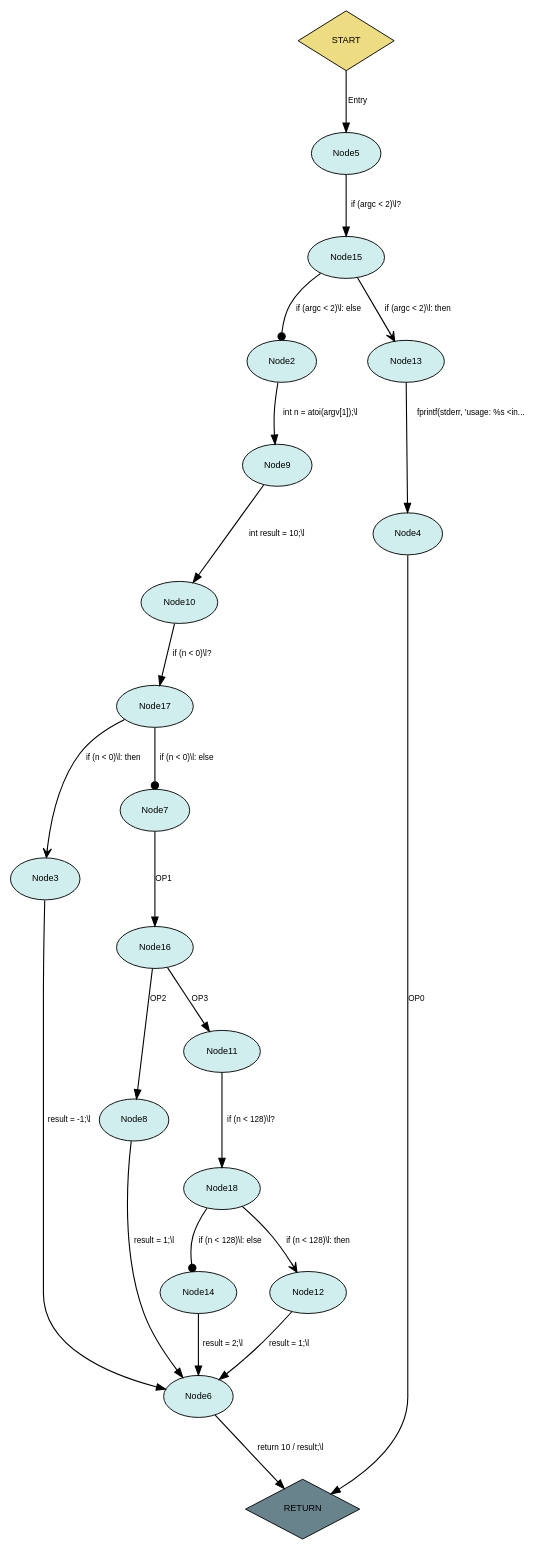
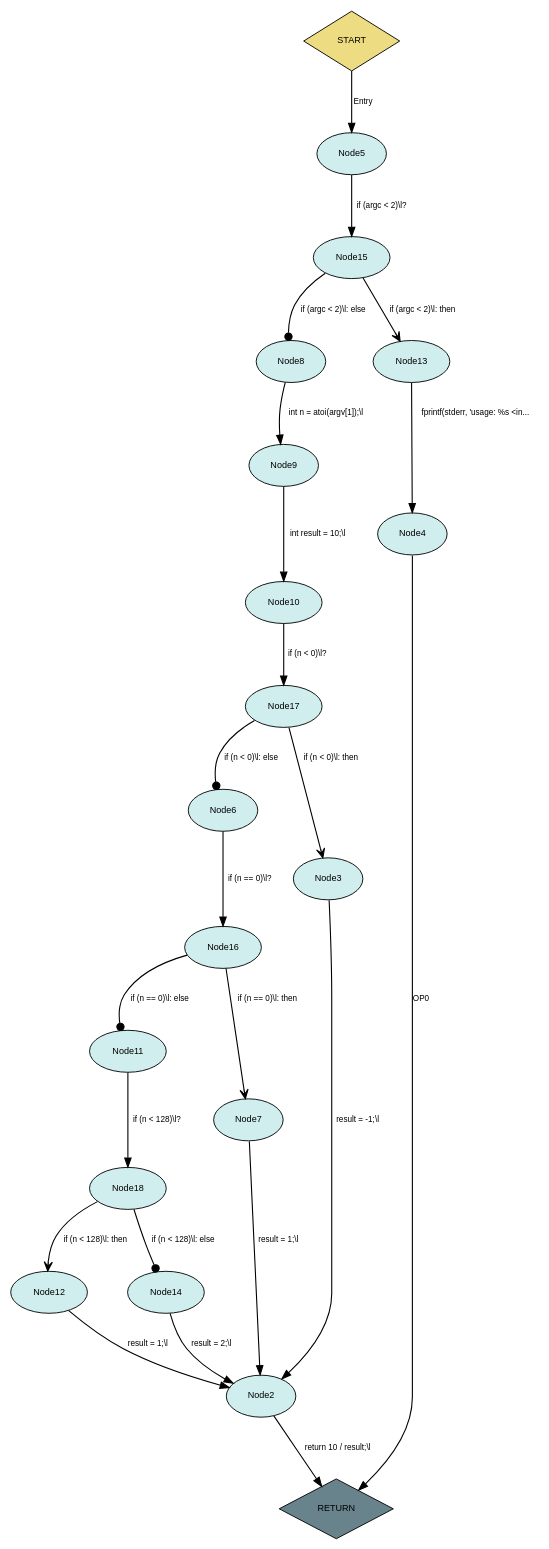
The diagram in exampleFiles/dots/llvmBasedResults/OP_CFG_DOT.dot (FelicitasGarcia/MimicryMonitor), drawn with Graphviz before and after one commit. The commit also changed 32 other files, not shown here.

```diff
--- a/exampleFiles/dots/llvmBasedResults/OP_CFG_DOT.dot
+++ b/exampleFiles/dots/llvmBasedResults/OP_CFG_DOT.dot
@@ -1,51 +1,51 @@
 digraph CFG {
   rankdir=TB; // Top to bottom layout
   rank=min;
   nodesep=0.5; // Increase node separation
   ranksep=0.8; // Increase rank separation
 edge [curvature=0.3];  node [fontname="Helvetica", fontsize=10];
   edge [fontname="Helvetica", fontsize=9];
 
-  4 [label="Node4", style=filled, fillcolor="lightcyan2", shape=ellipse, margin="0.15,0.15"];
+  6 [label="Node6", style=filled, fillcolor="lightcyan2", shape=ellipse, margin="0.15,0.15"];
   0 [label="START", style=filled, fillcolor="lightgoldenrod2", shape=diamond, margin="0.15,0.15"];
   1 [label="RETURN", style=filled, fillcolor="lightblue4", shape=diamond, margin="0.15,0.15"];
   2 [label="Node2", style=filled, fillcolor="lightcyan2", shape=ellipse, margin="0.15,0.15"];
   3 [label="Node3", style=filled, fillcolor="lightcyan2", shape=ellipse, margin="0.15,0.15"];
+  4 [label="Node4", style=filled, fillcolor="lightcyan2", shape=ellipse, margin="0.15,0.15"];
+  18 [label="Node18", style=filled, fillcolor="lightcyan2", shape=ellipse, margin="0.15,0.15"];
+  15 [label="Node15", style=filled, fillcolor="lightcyan2", shape=ellipse, margin="0.15,0.15"];
   5 [label="Node5", style=filled, fillcolor="lightcyan2", shape=ellipse, margin="0.15,0.15"];
+  11 [label="Node11", style=filled, fillcolor="lightcyan2", shape=ellipse, margin="0.15,0.15"];
+  7 [label="Node7", style=filled, fillcolor="lightcyan2", shape=ellipse, margin="0.15,0.15"];
+  8 [label="Node8", style=filled, fillcolor="lightcyan2", shape=ellipse, margin="0.15,0.15"];
+  16 [label="Node16", style=filled, fillcolor="lightcyan2", shape=ellipse, margin="0.15,0.15"];
+  12 [label="Node12", style=filled, fillcolor="lightcyan2", shape=ellipse, margin="0.15,0.15"];
+  9 [label="Node9", style=filled, fillcolor="lightcyan2", shape=ellipse, margin="0.15,0.15"];
+  17 [label="Node17", style=filled, fillcolor="lightcyan2", shape=ellipse, margin="0.15,0.15"];
   13 [label="Node13", style=filled, fillcolor="lightcyan2", shape=ellipse, margin="0.15,0.15"];
-  6 [label="Node6", style=filled, fillcolor="lightcyan2", shape=ellipse, margin="0.15,0.15"];
-  16 [label="Node16", style=filled, fillcolor="lightcyan2", shape=ellipse, margin="0.15,0.15"];
-  7 [label="Node7", style=filled, fillcolor="lightcyan2", shape=ellipse, margin="0.15,0.15"];
+  10 [label="Node10", style=filled, fillcolor="lightcyan2", shape=ellipse, margin="0.15,0.15"];
   14 [label="Node14", style=filled, fillcolor="lightcyan2", shape=ellipse, margin="0.15,0.15"];
-  15 [label="Node15", style=filled, fillcolor="lightcyan2", shape=ellipse, margin="0.15,0.15"];
-  12 [label="Node12", style=filled, fillcolor="lightcyan2", shape=ellipse, margin="0.15,0.15"];
-  8 [label="Node8", style=filled, fillcolor="lightcyan2", shape=ellipse, margin="0.15,0.15"];
-  11 [label="Node11", style=filled, fillcolor="lightcyan2", shape=ellipse, margin="0.15,0.15"];
-  17 [label="Node17", style=filled, fillcolor="lightcyan2", shape=ellipse, margin="0.15,0.15"];
-  9 [label="Node9", style=filled, fillcolor="lightcyan2", shape=ellipse, margin="0.15,0.15"];
-  18 [label="Node18", style=filled, fillcolor="lightcyan2", shape=ellipse, margin="0.15,0.15"];
-  10 [label="Node10", style=filled, fillcolor="lightcyan2", shape=ellipse, margin="0.15,0.15"];
 
   0 -> 5 [label="Entry", id=10, arrowhead=normal, penwidth=1.2];
   5 -> 15 [label="if (argc \< 2)\\l?", id=10, arrowhead=normal, penwidth=1.2];
   15 -> 13 [label="if (argc \< 2)\\l: then", id=10, arrowhead=vee, penwidth=1.2];
-  15 -> 2 [label="if (argc \< 2)\\l: else", id=10, arrowhead=dot, penwidth=1.2];
+  15 -> 8 [label="if (argc \< 2)\\l: else", id=10, arrowhead=dot, penwidth=1.2];
   13 -> 4 [label="fprintf(stderr, 'usage: %s \<in...", id=12, arrowhead=normal, penwidth=1.2];
   4 -> 1 [label="OP0", id=13, arrowhead=normal, penwidth=1.2];
-  2 -> 9 [label="int n = atoi(argv[1]);\\l", id=15, arrowhead=normal, penwidth=1.2];
+  8 -> 9 [label="int n = atoi(argv[1]);\\l", id=15, arrowhead=normal, penwidth=1.2];
   9 -> 10 [label="int result = 10;\\l", id=16, arrowhead=normal, penwidth=1.2];
   10 -> 17 [label="if (n \< 0)\\l?", id=17, arrowhead=normal, penwidth=1.2];
   17 -> 3 [label="if (n \< 0)\\l: then", id=17, arrowhead=vee, penwidth=1.2];
-  17 -> 7 [label="if (n \< 0)\\l: else", id=17, arrowhead=dot, penwidth=1.2];
-  3 -> 6 [label="result = -1;\\l", id=18, arrowhead=normal, penwidth=1.2];
-  7 -> 16 [label="OP1", id=19, arrowhead=normal, penwidth=1.2];
-  16 -> 8 [label="OP2", id=19, arrowhead=normal, penwidth=1.2];
-  16 -> 11 [label="OP3", id=19, arrowhead=normal, penwidth=1.2];
-  8 -> 6 [label="result = 1;\\l", id=20, arrowhead=normal, penwidth=1.2];
+  17 -> 6 [label="if (n \< 0)\\l: else", id=17, arrowhead=dot, penwidth=1.2];
+  3 -> 2 [label="result = -1;\\l", id=18, arrowhead=normal, penwidth=1.2];
+  6 -> 16 [label="if (n == 0)\\l?", id=19, arrowhead=normal, penwidth=1.2];
+  16 -> 7 [label="if (n == 0)\\l: then", id=19, arrowhead=vee, penwidth=1.2];
+  16 -> 11 [label="if (n == 0)\\l: else", id=19, arrowhead=dot, penwidth=1.2];
+  7 -> 2 [label="result = 1;\\l", id=20, arrowhead=normal, penwidth=1.2];
   11 -> 18 [label="if (n \< 128)\\l?", id=21, arrowhead=normal, penwidth=1.2];
   18 -> 12 [label="if (n \< 128)\\l: then", id=21, arrowhead=vee, penwidth=1.2];
   18 -> 14 [label="if (n \< 128)\\l: else", id=21, arrowhead=dot, penwidth=1.2];
-  12 -> 6 [label="result = 1;\\l", id=22, arrowhead=normal, penwidth=1.2];
-  14 -> 6 [label="result = 2;\\l", id=24, arrowhead=normal, penwidth=1.2];
-  6 -> 1 [label="return 10 / result;\\l", id=25, arrowhead=normal, penwidth=1.2];
+  12 -> 2 [label="result = 1;\\l", id=22, arrowhead=normal, penwidth=1.2];
+  14 -> 2 [label="result = 2;\\l", id=24, arrowhead=normal, penwidth=1.2];
+  2 -> 1 [label="return 10 / result;\\l", id=25, arrowhead=normal, penwidth=1.2];
 }
```
